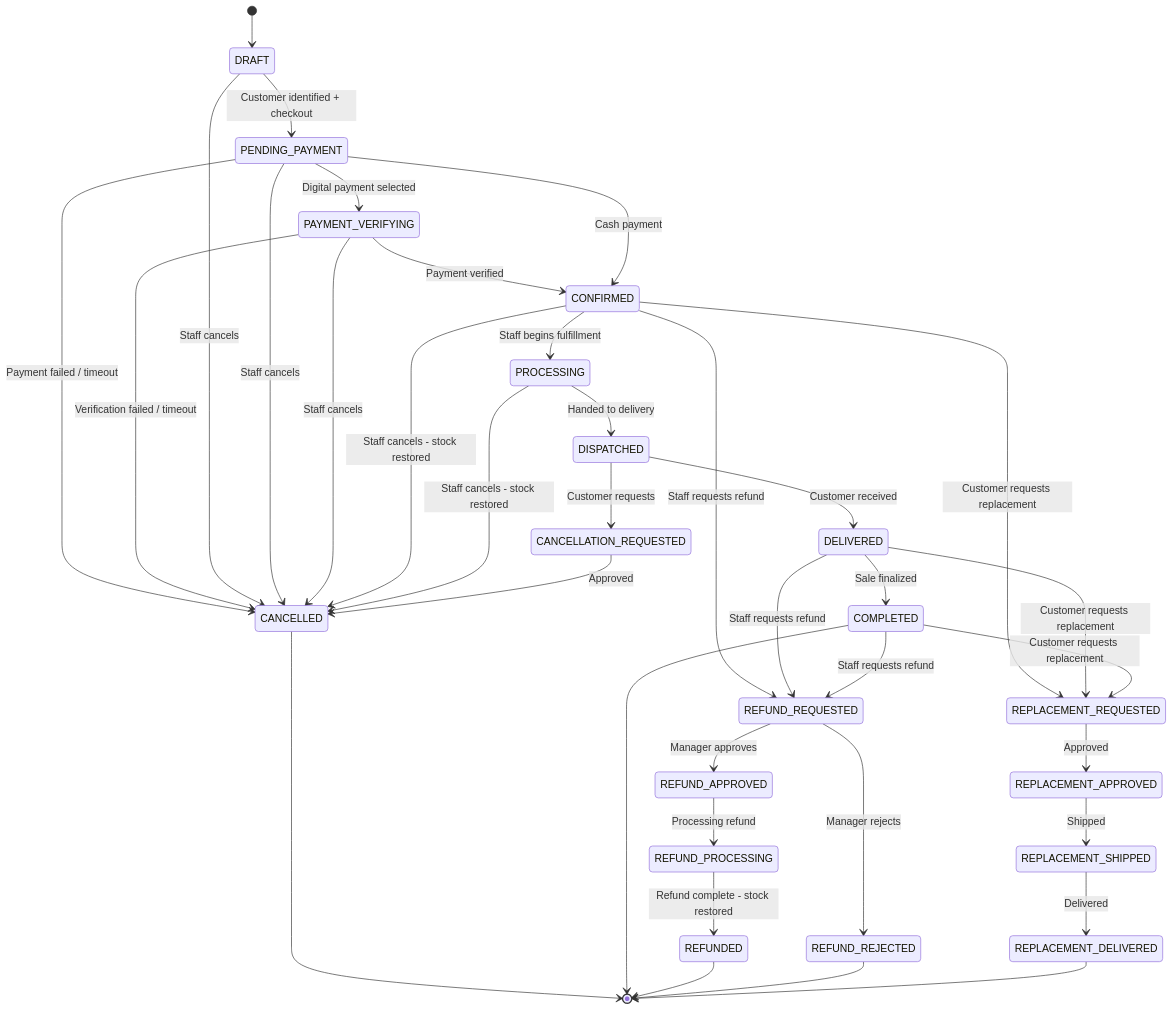
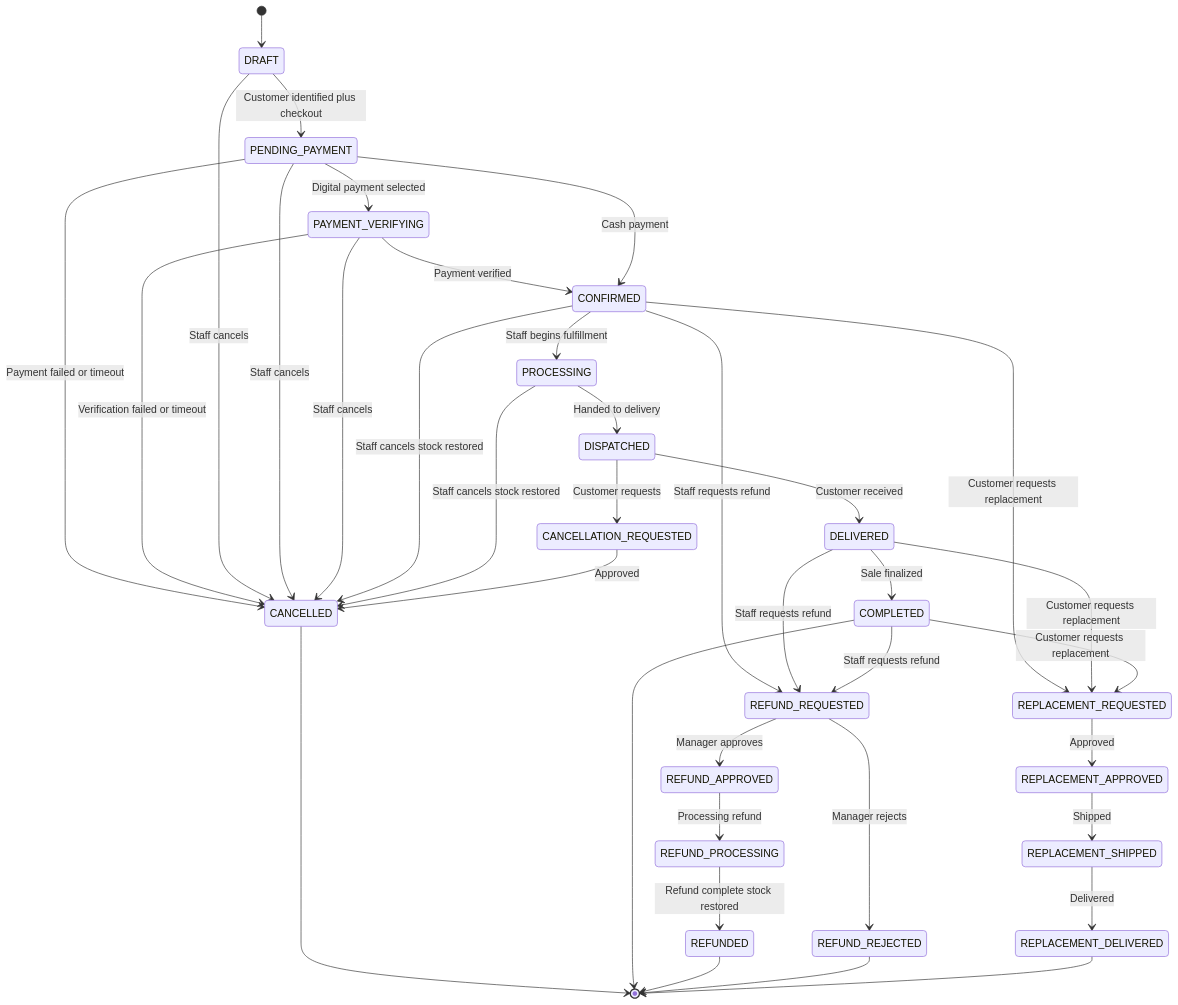
Before and after one commit to gstposbhutan/edgePOS: diagram 13 of 16 in docs/USER_FLOWS.md, drawn with Mermaid. The commit also changed other lines of this file, not shown here.

First line of the commit message:
fix: escape special characters in Mermaid diagrams for VS Code rendering

````diff
--- a/docs/USER_FLOWS.md
+++ b/docs/USER_FLOWS.md
@@ -486,44 +486,44 @@
 ```mermaid
 stateDiagram-v2
     [*] --> DRAFT
-    DRAFT --> PENDING_PAYMENT : Customer identified + checkout
+    DRAFT --> PENDING_PAYMENT : Customer identified plus checkout
     PENDING_PAYMENT --> PAYMENT_VERIFYING : Digital payment selected
     PAYMENT_VERIFYING --> CONFIRMED : Payment verified
     PENDING_PAYMENT --> CONFIRMED : Cash payment
-    PENDING_PAYMENT --> CANCELLED : Payment failed / timeout
-    PAYMENT_VERIFYING --> CANCELLED : Verification failed / timeout
+    PENDING_PAYMENT --> CANCELLED : Payment failed or timeout
+    PAYMENT_VERIFYING --> CANCELLED : Verification failed or timeout
     
     CONFIRMED --> PROCESSING : Staff begins fulfillment
     PROCESSING --> DISPATCHED : Handed to delivery
     DISPATCHED --> DELIVERED : Customer received
     DELIVERED --> COMPLETED : Sale finalized
     
     DRAFT --> CANCELLED : Staff cancels
     PENDING_PAYMENT --> CANCELLED : Staff cancels
     PAYMENT_VERIFYING --> CANCELLED : Staff cancels
-    CONFIRMED --> CANCELLED : Staff cancels - stock restored
-    PROCESSING --> CANCELLED : Staff cancels - stock restored
+    CONFIRMED --> CANCELLED : Staff cancels stock restored
+    PROCESSING --> CANCELLED : Staff cancels stock restored
     DISPATCHED --> CANCELLATION_REQUESTED : Customer requests
     CANCELLATION_REQUESTED --> CANCELLED : Approved
     
     CONFIRMED --> REFUND_REQUESTED : Staff requests refund
     DELIVERED --> REFUND_REQUESTED : Staff requests refund
     COMPLETED --> REFUND_REQUESTED : Staff requests refund
     REFUND_REQUESTED --> REFUND_APPROVED : Manager approves
     REFUND_REQUESTED --> REFUND_REJECTED : Manager rejects
     REFUND_APPROVED --> REFUND_PROCESSING : Processing refund
-    REFUND_PROCESSING --> REFUNDED : Refund complete - stock restored
+    REFUND_PROCESSING --> REFUNDED : Refund complete stock restored
     
     CONFIRMED --> REPLACEMENT_REQUESTED : Customer requests replacement
     DELIVERED --> REPLACEMENT_REQUESTED : Customer requests replacement
     COMPLETED --> REPLACEMENT_REQUESTED : Customer requests replacement
     REPLACEMENT_REQUESTED --> REPLACEMENT_APPROVED : Approved
     REPLACEMENT_APPROVED --> REPLACEMENT_SHIPPED : Shipped
     REPLACEMENT_SHIPPED --> REPLACEMENT_DELIVERED : Delivered
     
     CANCELLED --> [*]
     COMPLETED --> [*]
     REFUNDED --> [*]
     REFUND_REJECTED --> [*]
     REPLACEMENT_DELIVERED --> [*]
 ```
````
